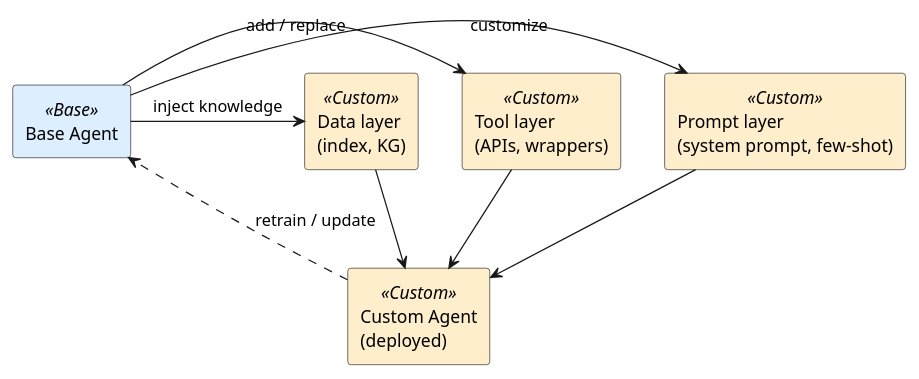
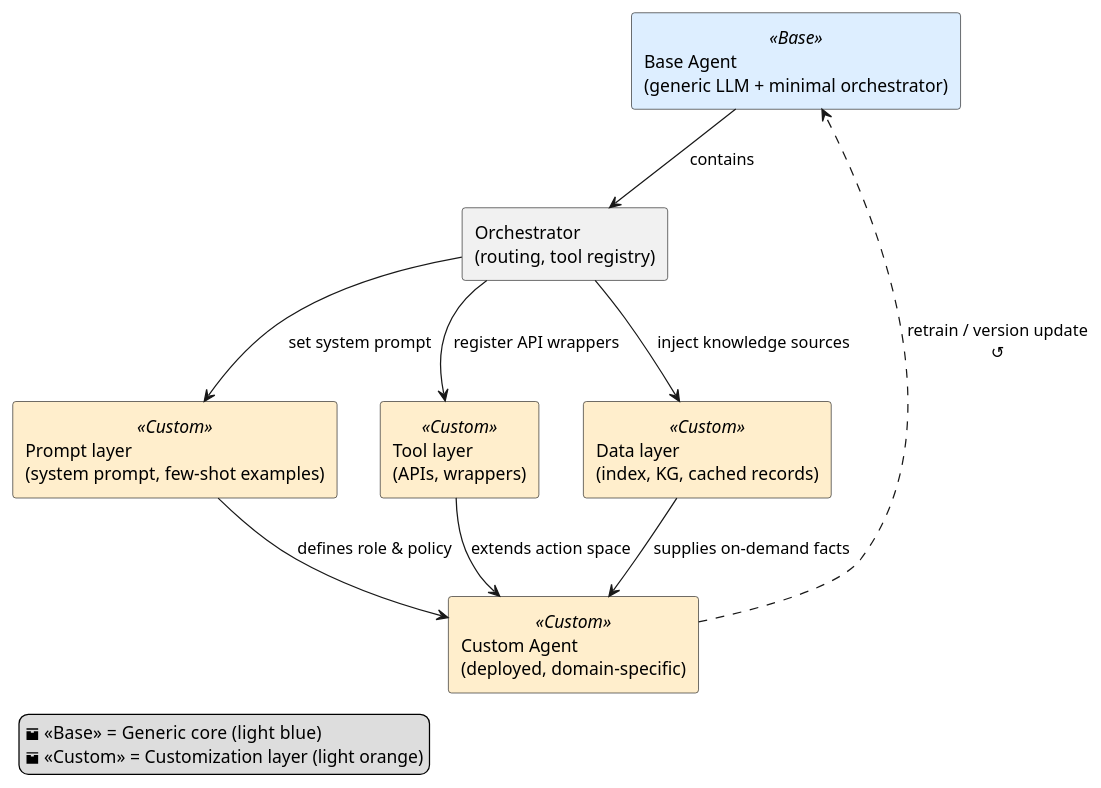
The diagram in aipa/llm-elevated/ch12-lecture-03.adoc (InquiryInstitute/AIPA), drawn with PlantUML before and after one commit. The commit also changed other lines of this file and 128 other files, not shown here.

```diff
--- a/aipa/llm-elevated/ch12-lecture-03.adoc
+++ b/aipa/llm-elevated/ch12-lecture-03.adoc
@@ -154,22 +164,36 @@
 [plantuml,ch12-l03,png,theme=sketchy-outline]
 ....
 @startuml
 skinparam rectangle {
   BackgroundColor<<Base>> #DDEEFF
   BackgroundColor<<Custom>> #FFEECC
 }
-rectangle "Base Agent" <<Base>> as base
-rectangle "Prompt layer\n(system prompt, few‑shot)" <<Custom>> as prompts
+skinparam shadowing false
+
+rectangle "Base Agent\n(generic LLM + minimal orchestrator)" <<Base>> as base
+
+rectangle "Orchestrator\n(routing, tool registry)" as orch
+
+rectangle "Prompt layer\n(system prompt, few‑shot examples)" <<Custom>> as prompts
 rectangle "Tool layer\n(APIs, wrappers)" <<Custom>> as tools
-rectangle "Data layer\n(index, KG)" <<Custom>> as data
-rectangle "Custom Agent\n(deployed)" <<Custom>> as custom
+rectangle "Data layer\n(index, KG, cached records)" <<Custom>> as data
 
-base -right-> prompts : customize
-base -right-> tools   : add / replace
-base -right-> data    : inject knowledge
-prompts --> custom
-tools   --> custom
-data    --> custom
-custom ..> base : retrain / update
+rectangle "Custom Agent\n(deployed, domain‑specific)" <<Custom>> as custom
+
+base --> orch : contains
+orch --> prompts : set system prompt
+orch --> tools   : register API wrappers
+orch --> data    : inject knowledge sources
+
+prompts --> custom : defines role & policy
+tools   --> custom : extends action space
+data    --> custom : supplies on‑demand facts
+
+custom ..> base : retrain / version update\n↺
+
+legend left
+  <&box> <<Base>>  = Generic core (light blue)
+  <&box> <<Custom>> = Customization layer (light orange)
+endlegend
 @enduml
 ....
```
